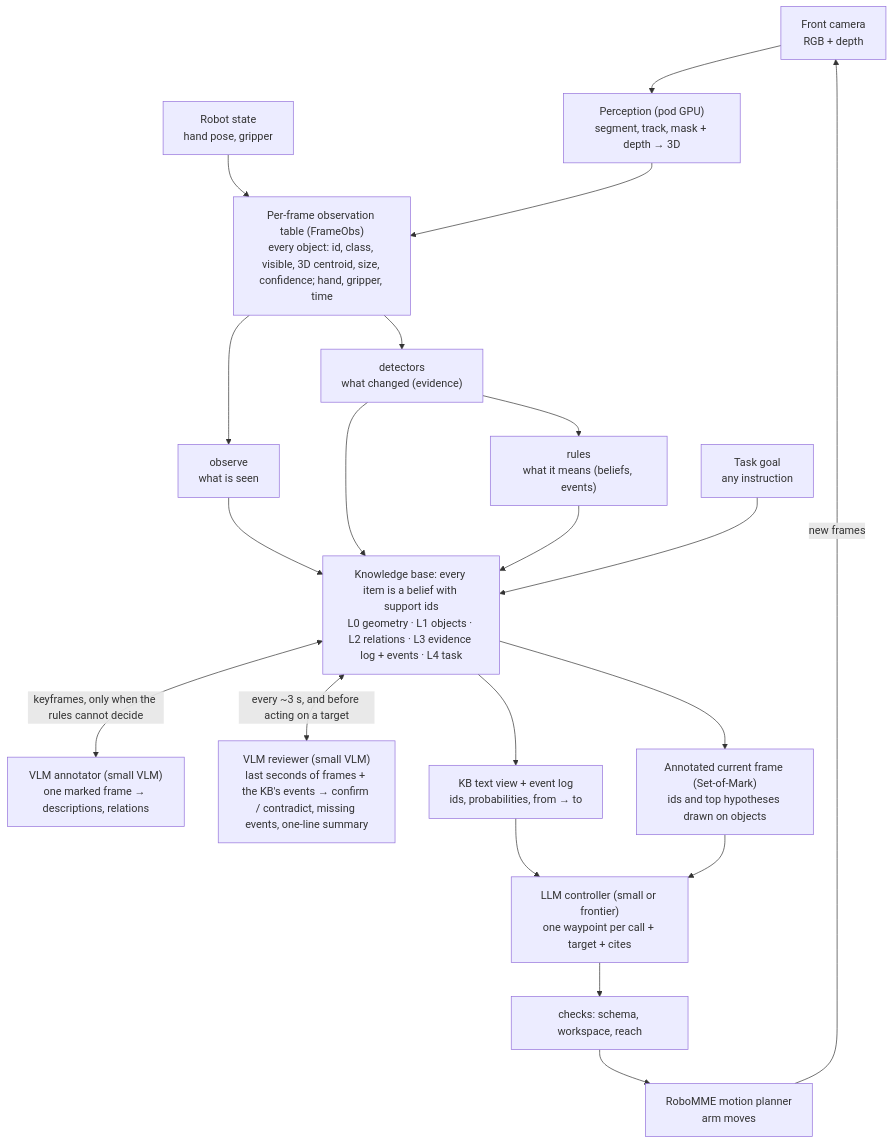
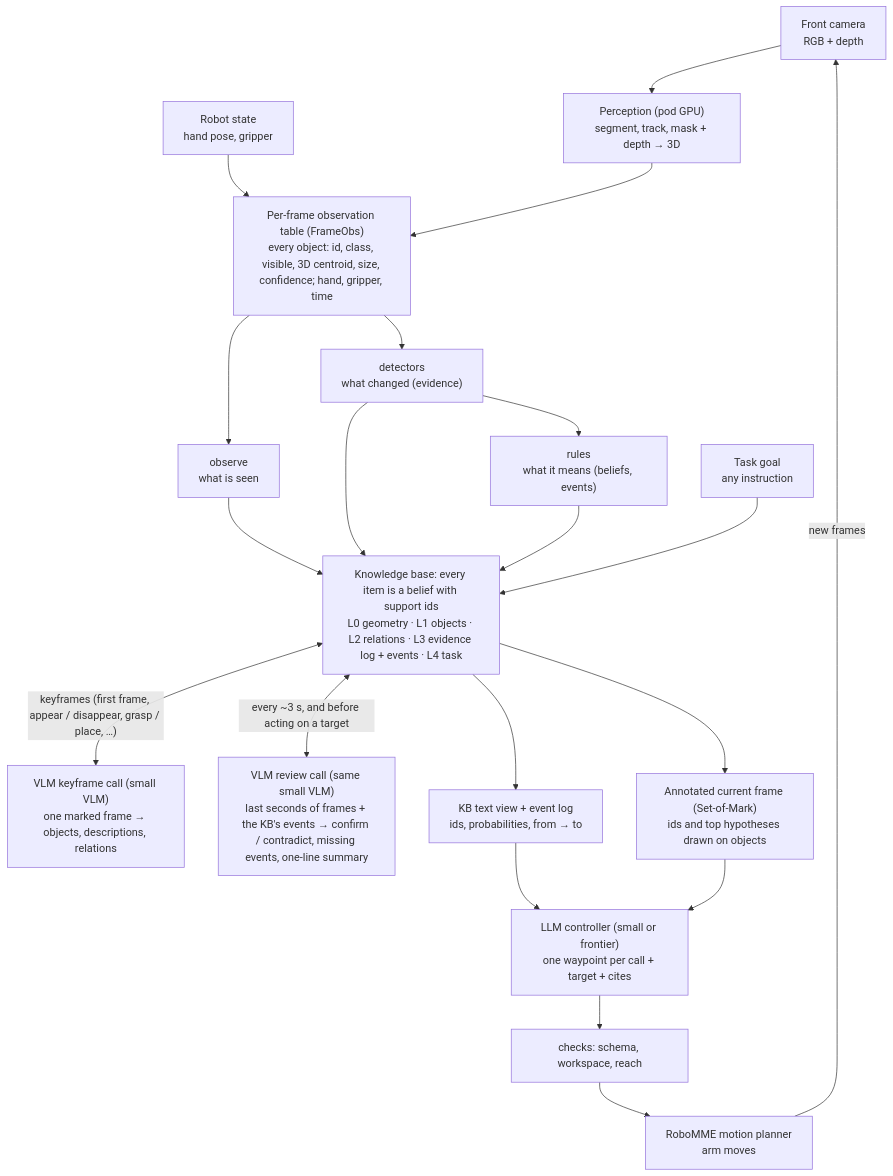
The diagram in DEVELOPMENT.md (vinzppp/arbiterkb), drawn with Mermaid before and after one commit. The commit also changed other lines of this file and 1 other file, not shown here.

Commit message:
Spec v1.9: two VLM calls (keyframe call = lister + annotator; review call); NOTES entry

````diff
--- a/DEVELOPMENT.md
+++ b/DEVELOPMENT.md
@@ -70,22 +70,22 @@
 ```mermaid
 flowchart TB
   CAM["Front camera<br/>RGB + depth"] --> PER["Perception (pod GPU)<br/>segment, track, mask + depth → 3D"]
   RS["Robot state<br/>hand pose, gripper"] --> OBS
   PER --> OBS["Per-frame observation table (FrameObs)<br/>every object: id, class, visible, 3D centroid, size, confidence; hand, gripper, time"]
   OBS --> O["observe<br/>what is seen"]
   OBS --> D["detectors<br/>what changed (evidence)"]
   D --> R["rules<br/>what it means (beliefs, events)"]
   O --> KB
   D --> KB
   R --> KB
   GOAL["Task goal<br/>any instruction"] --> KB
   KB["Knowledge base: every item is a belief with support ids<br/>L0 geometry · L1 objects · L2 relations · L3 evidence log + events · L4 task"]
-  KB <-->|"keyframes, only when the rules cannot decide"| ANN["VLM annotator (small VLM)<br/>one marked frame → descriptions, relations"]
-  KB <-->|"every ~3 s, and before acting on a target"| REV["VLM reviewer (small VLM)<br/>last seconds of frames + the KB's events → confirm / contradict, missing events, one-line summary"]
+  KB <-->|"keyframes (first frame, appear / disappear, grasp / place, …)"| ANN["VLM keyframe call (small VLM)<br/>one marked frame → objects, descriptions, relations"]
+  KB <-->|"every ~3 s, and before acting on a target"| REV["VLM review call (same small VLM)<br/>last seconds of frames + the KB's events → confirm / contradict, missing events, one-line summary"]
   KB --> V1["KB text view + event log<br/>ids, probabilities, from → to"]
   KB --> V2["Annotated current frame (Set-of-Mark)<br/>ids and top hypotheses drawn on objects"]
   V1 --> C["LLM controller (small or frontier)<br/>one waypoint per call + target + cites"]
   V2 --> C
   C --> CHK["checks: schema, workspace, reach"] --> MP["RoboMME motion planner<br/>arm moves"]
   MP -->|"new frames"| CAM
 ```
````
